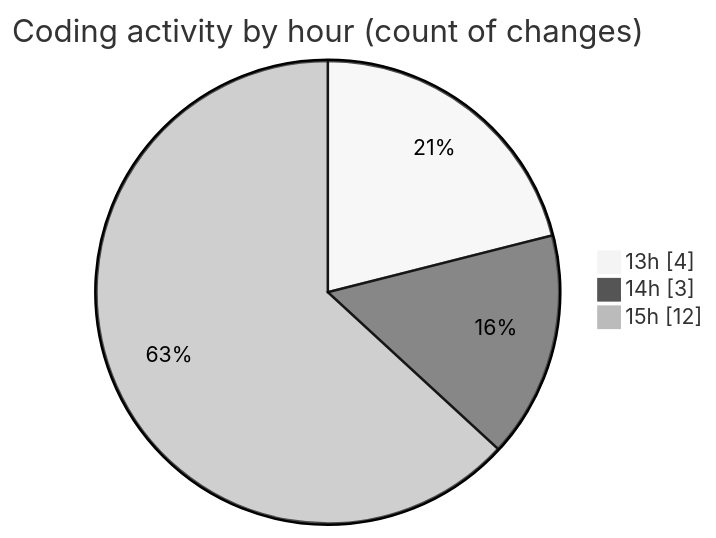
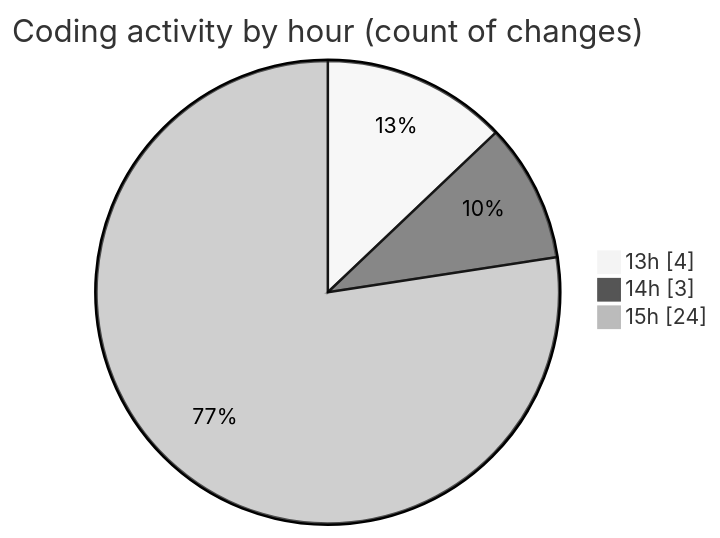
Before and after one commit to EIIisD/code-tracking: the second of 2 diagrams in 2025-08-11/ribbon/README.md, drawn with Mermaid (neutral theme). The commit also changed other lines of this file and 1 other file, not shown here.

````diff
--- a/2025-08-11/ribbon/README.md
+++ b/2025-08-11/ribbon/README.md
@@ -41,7 +45,7 @@
 ```mermaid
 pie showData
 title Coding activity by hour (count of changes)
 "13h" : 4
 "14h" : 3
-"15h" : 12
+"15h" : 24
 ```
````
